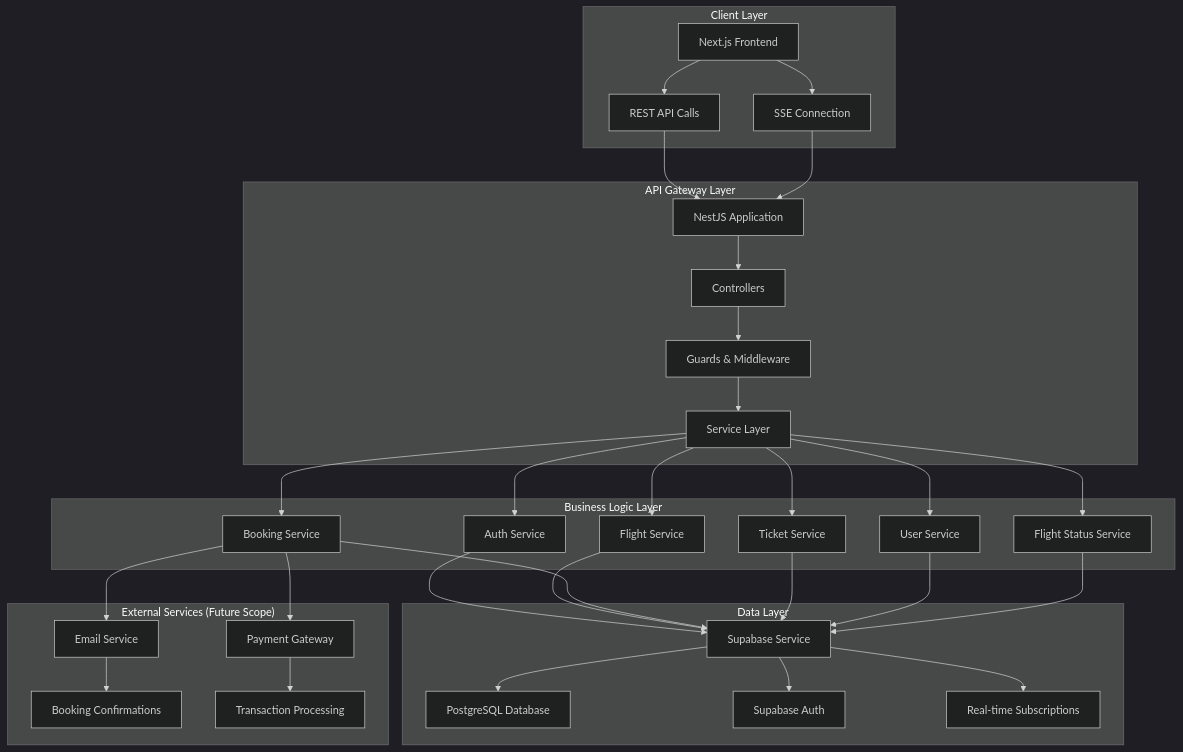
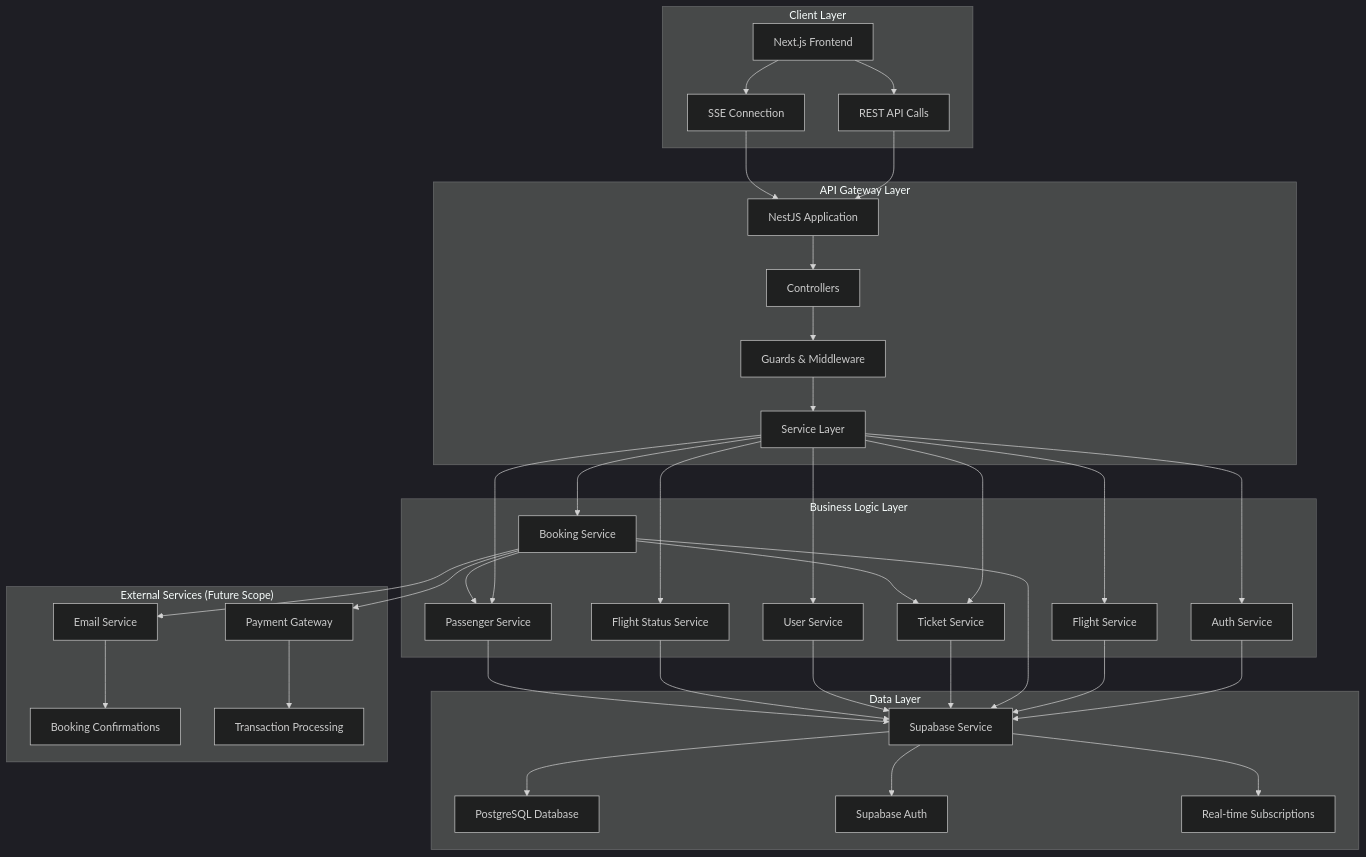
The first of 6 diagrams in README.md (samyak-max/flight-booking-system-backend), drawn with Mermaid (dark theme) before and after one commit. The commit also changed other lines of this file, not shown here.

````diff
--- a/README.md
+++ b/README.md
@@ -81,45 +81,51 @@
 ```mermaid
 graph TB
     subgraph "Client Layer"
         A[Next.js Frontend] --> B[REST API Calls]
         A --> C[SSE Connection]
     end
     
     subgraph "API Gateway Layer"
         D[NestJS Application] --> E[Controllers]
         E --> F[Guards & Middleware]
         F --> G[Service Layer]
     end
     
     subgraph "Business Logic Layer"
         G --> H[Auth Service]
         G --> I[Flight Service]
         G --> J[Booking Service]
         G --> K[Ticket Service]
         G --> L[User Service]
         G --> M[Flight Status Service]
+        G --> V[Passenger Service]
+        
+        J --> K
+        J --> V
     end
     
     subgraph "Data Layer"
         N[Supabase Service] --> O[PostgreSQL Database]
         N --> P[Supabase Auth]
         N --> Q[Real-time Subscriptions]
     end
     
     subgraph "External Services (Future Scope)"
         R[Email Service] --> S[Booking Confirmations]
         T[Payment Gateway] --> U[Transaction Processing]
     end
     
     B --> D
     C --> D
     H --> N
     I --> N
     J --> N
     K --> N
     L --> N
     M --> N
+    V --> N
     
     J --> R
     J --> T
+
 ```
````
